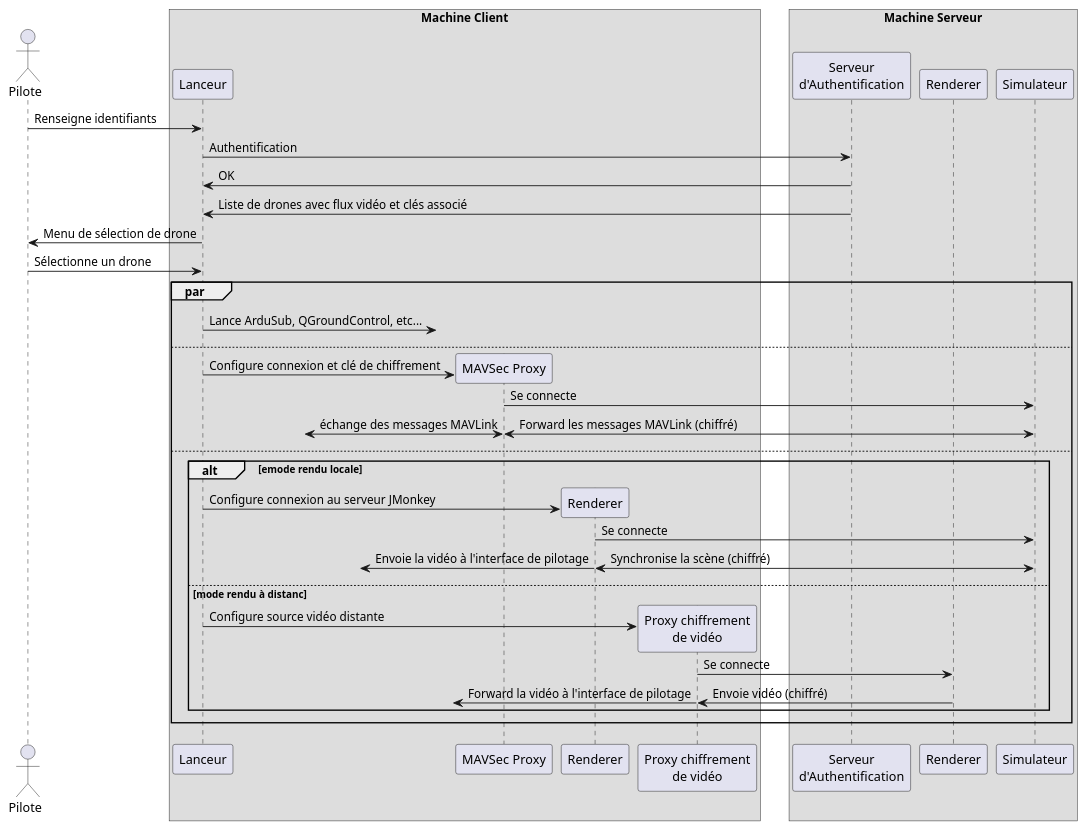
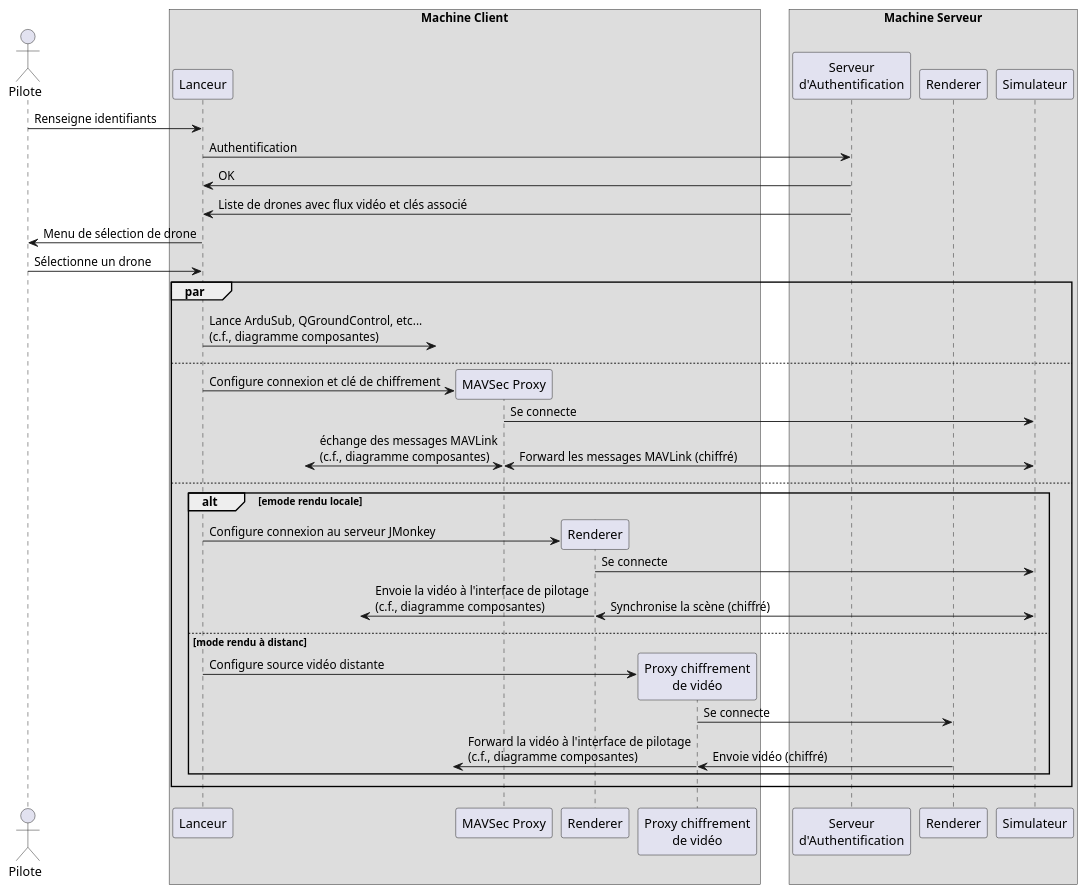
One commit to tombartos/SAE-DRONE changed the diagram in doc/conn_pilote_seq.puml. Above: the diagram before and after it, drawn with PlantUML.

Commit message:
Ajouter références vers diagramme de composantes

```diff
--- a/doc/conn_pilote_seq.puml
+++ b/doc/conn_pilote_seq.puml
@@ -1,61 +1,61 @@
 @startuml
 
 !pragma teoz true
 
 skinparam BoxPadding 10
 
 actor Pilote
 
 box "Machine Client"
     participant Lanceur
     participant "MAVSec Proxy" as ProxyClient
     participant "Renderer" as RendererLocal
     participant "Proxy chiffrement\nde vidéo" as Décodeur
 end box
 
 box "Machine Serveur"
     participant "Serveur\nd'Authentification" as Auth
     participant "Renderer" as RendererRemote
     participant Simulateur
 end box
 
 Pilote -> Lanceur : Renseigne identifiants
 Lanceur -> Auth : Authentification
 Auth -> Lanceur : OK
 Auth -> Lanceur : Liste de drones avec flux vidéo et clés associé
 Lanceur -> Pilote : Menu de sélection de drone
 Pilote -> Lanceur : Sélectionne un drone
 
 par
 
-Lanceur ->? : Lance ArduSub, QGroundControl, etc...
+Lanceur ->? : Lance ArduSub, QGroundControl, etc...\n(c.f., diagramme composantes)
 
 else
 
 Lanceur -> ProxyClient ** : Configure connexion et clé de chiffrement
 
 ProxyClient -> Simulateur : Se connecte
-?<-> ProxyClient : échange des messages MAVLink
+?<-> ProxyClient : échange des messages MAVLink\n(c.f., diagramme composantes)
 & ProxyClient <-> Simulateur : Forward les messages MAVLink (chiffré)
 
 else
 
 alt emode rendu locale
 
     Lanceur -> RendererLocal ** : Configure connexion au serveur JMonkey
     RendererLocal -> Simulateur : Se connecte
     RendererLocal <-> Simulateur : Synchronise la scène (chiffré)
-    & ?<- RendererLocal : Envoie la vidéo à l'interface de pilotage
+    & ?<- RendererLocal : Envoie la vidéo à l'interface de pilotage\n(c.f., diagramme composantes)
 
 else mode rendu à distanc
 
     Lanceur -> Décodeur ** : Configure source vidéo distante
     Décodeur -> RendererRemote : Se connecte
     Décodeur <- RendererRemote : Envoie vidéo (chiffré)
-    & ?<- Décodeur : Forward la vidéo à l'interface de pilotage
+    & ?<- Décodeur : Forward la vidéo à l'interface de pilotage\n(c.f., diagramme composantes)
 
 end
 
 end
 
 @enduml
```
